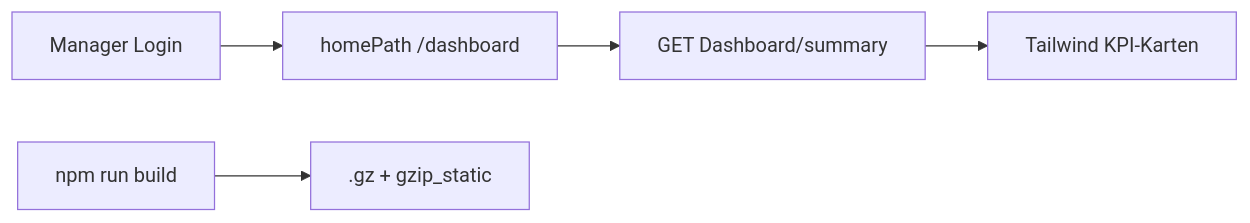
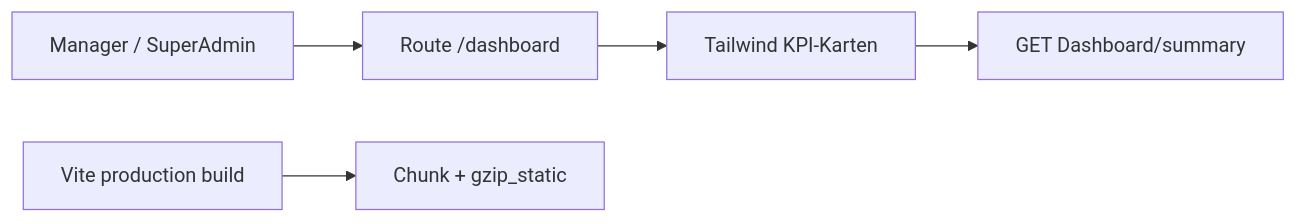
The first of 2 diagrams in docs/learning/de/32-admin-tailwind-dashboard.md (fdeniz07/BankApp), drawn with Mermaid before and after one commit. The commit also changed other lines of this file and 105 other files, not shown here.

First line of the commit message:
doc: Enrich learning chapters with labs, pitfalls, and safe Mermaid

````diff
--- a/docs/learning/de/32-admin-tailwind-dashboard.md
+++ b/docs/learning/de/32-admin-tailwind-dashboard.md
@@ -13,11 +15,7 @@
 ```mermaid
 flowchart LR
-  login[Manager Login]
-  home[homePath /dashboard]
-  api[GET Dashboard/summary]
-  tw[Tailwind KPI-Karten]
-  build[npm run build]
-  gz[.gz + gzip_static]
-  login --> home --> api --> tw
-  build --> gz
+  MGR["Manager / SuperAdmin"] --> DASH["Route /dashboard"]
+  DASH --> TW["Tailwind KPI-Karten"]
+  TW --> API["GET Dashboard/summary"]
+  BUILD["Vite production build"] --> GZ["Chunk + gzip_static"]
 ```
````
